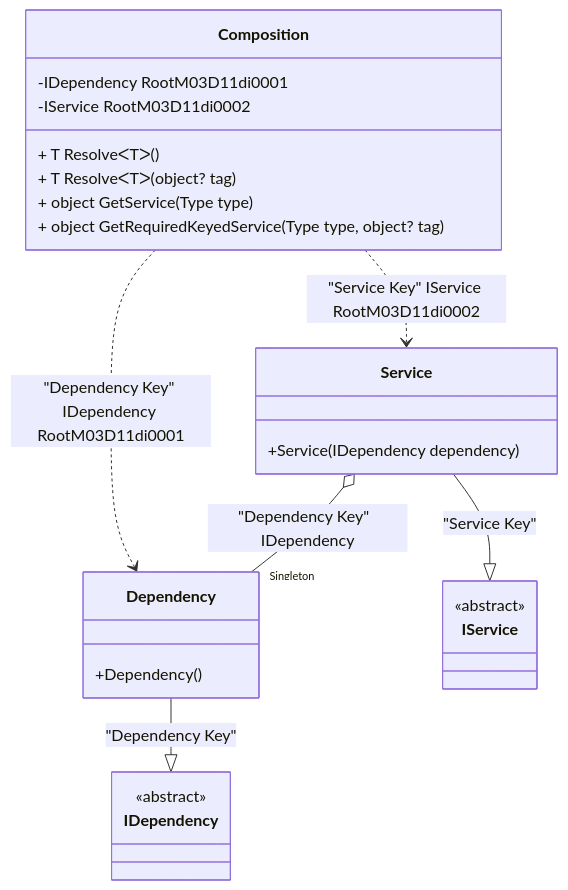
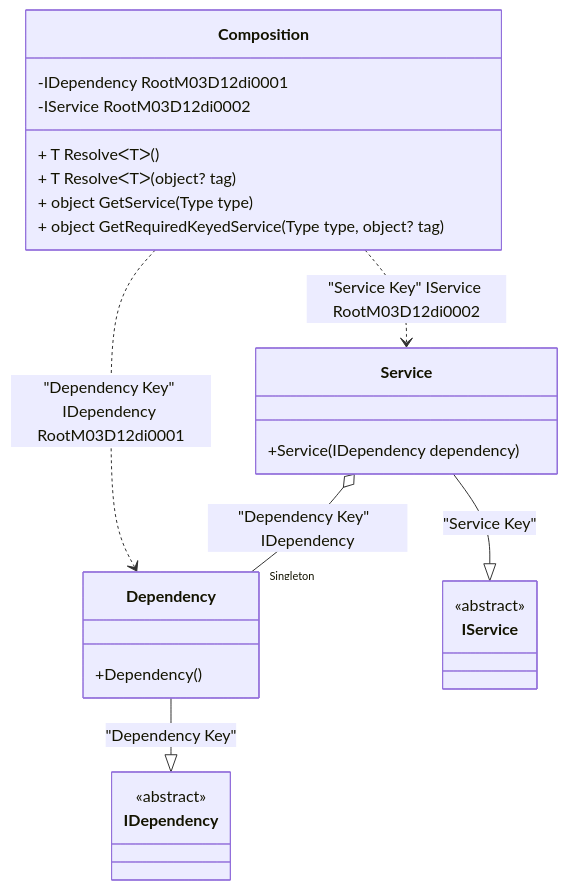
One commit to DevTeam/Pure.DI changed the diagram in readme/keyed-service-provider.md. Above: the diagram before and after it, drawn with Mermaid. The commit also changed other lines of this file and 75 other files, not shown here.

````diff
--- a/readme/keyed-service-provider.md
+++ b/readme/keyed-service-provider.md
@@ -50,28 +50,28 @@
 ```mermaid
 classDiagram
   class Composition {
-    -IDependency RootM03D11di0001
-    -IService RootM03D11di0002
+    -IDependency RootM03D12di0001
+    -IService RootM03D12di0002
     + T ResolveᐸTᐳ()
     + T ResolveᐸTᐳ(object? tag)
     + object GetService(Type type)
     + object GetRequiredKeyedService(Type type, object? tag)
   }
   Dependency --|> IDependency : "Dependency Key" 
   class Dependency {
     +Dependency()
   }
   Service --|> IService : "Service Key" 
   class Service {
     +Service(IDependency dependency)
   }
   class IDependency {
     <<abstract>>
   }
   class IService {
     <<abstract>>
   }
   Service o--  "Singleton" Dependency : "Dependency Key"  IDependency
-  Composition ..> Dependency : "Dependency Key" IDependency RootM03D11di0001
-  Composition ..> Service : "Service Key" IService RootM03D11di0002
+  Composition ..> Dependency : "Dependency Key" IDependency RootM03D12di0001
+  Composition ..> Service : "Service Key" IService RootM03D12di0002
 ```
````
